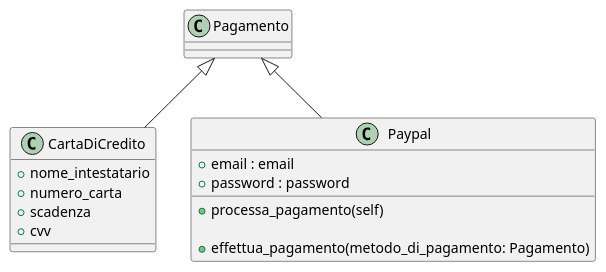
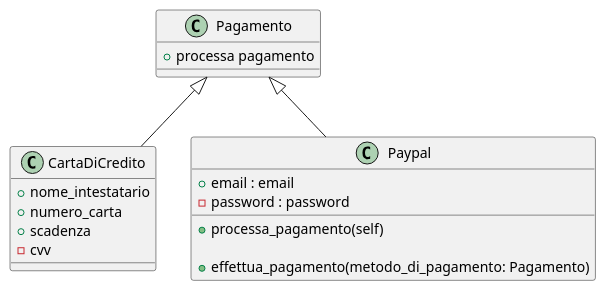
One commit to LorenzoPezzolesi/esercizi_python_4M changed the diagram in pezzolesi_es_6.puml. Above: the diagram before and after it, drawn with PlantUML.

Commit message:
es 6 uml

```diff
--- a/pezzolesi_es_6.puml
+++ b/pezzolesi_es_6.puml
@@ -1,25 +1,25 @@
 @startuml es 6
 
 class Pagamento{
-
++ processa pagamento 
 
 }
 class CartaDiCredito{
 
     + nome_intestatario
     + numero_carta
     + scadenza
-    + cvv
+    - cvv
 }
 class Paypal{
 
     +email : email
-    +password : password
+    -password : password
 
     + processa_pagamento(self)
 
     + effettua_pagamento(metodo_di_pagamento: Pagamento)
     }
 Pagamento<|--Paypal
-Pagamento<|--CartaDiCredito   
-@enduml                              
+Pagamento<|--CartaDiCredito
+@enduml
```
